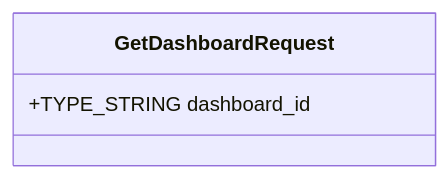
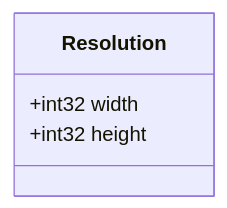
Before and after one commit to kyivinua/root: diagram 43 of 49 in test-monorepo/docs/consolidated/AnalyticsService.md, drawn with Mermaid. The commit also changed other lines of this file and 5 other files, not shown here.

````diff
--- a/test-monorepo/docs/consolidated/AnalyticsService.md
+++ b/test-monorepo/docs/consolidated/AnalyticsService.md
@@ -812,6 +2136,7 @@
 ```mermaid
 classDiagram
-    class GetDashboardRequest {
-        +TYPE_STRING dashboard_id
+    class Resolution {
+        +int32 width
+        +int32 height
     }
 ```
````
